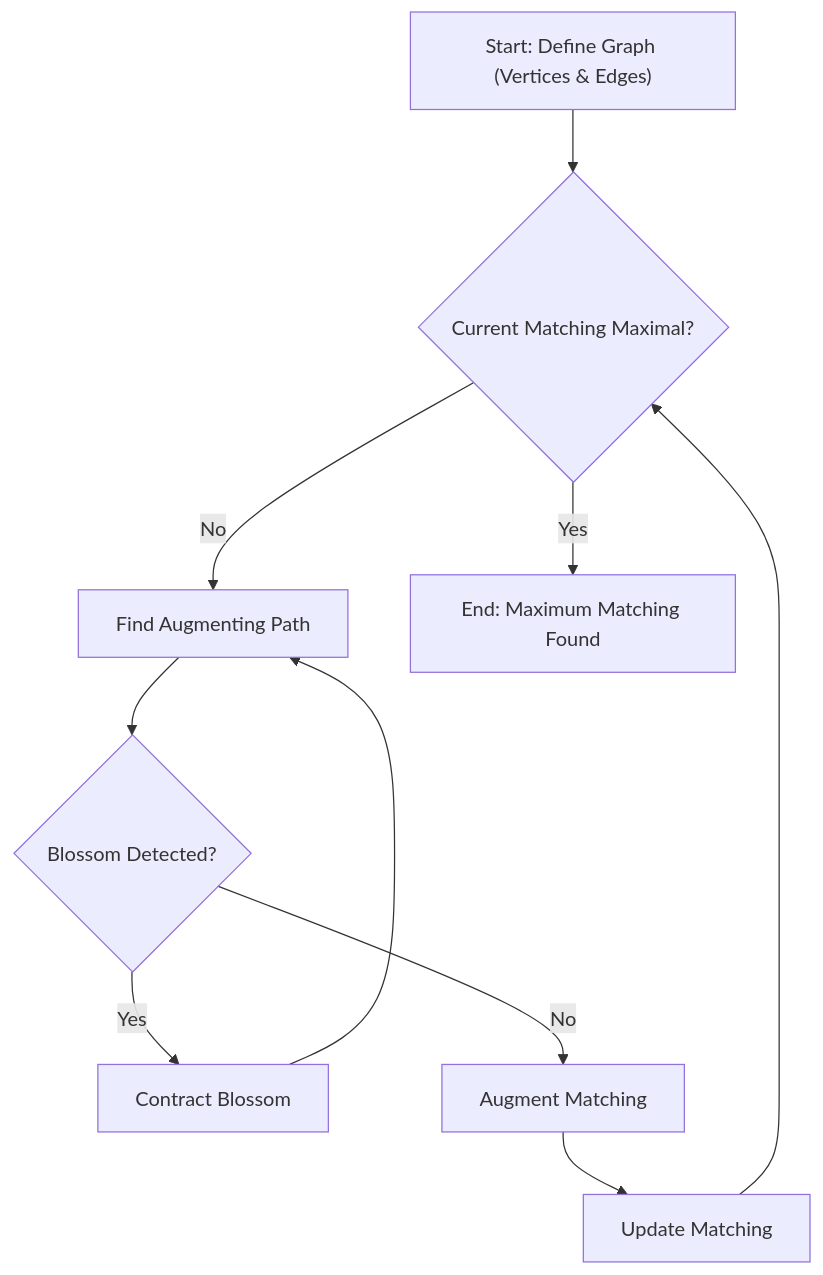
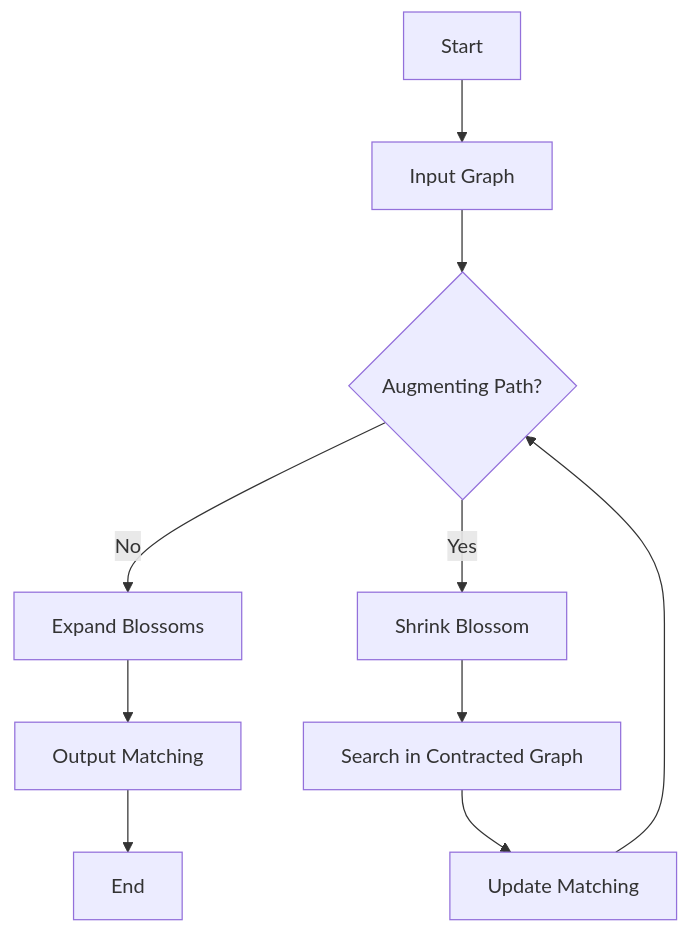
Before and after one commit to grewal16/edmonds-blossom-algorithm: the diagram in README.md, drawn with Mermaid. The commit also changed other lines of this file, not shown here.

````diff
--- a/README.md
+++ b/README.md
@@ -29,12 +26,12 @@
 ```mermaid
 graph TD
-    A["Start: Define Graph (Vertices & Edges)"] --> B{"Current Matching Maximal?"};
-    B -- "No" --> C["Find Augmenting Path"];
-    C --> D{"Blossom Detected?"};
-    D -- "Yes" --> E["Contract Blossom"];
-    E --> C;
-    D -- "No" --> F["Augment Matching"];
-    F --> G["Update Matching"];
-    G --> B;
-    B -- "Yes" --> H["End: Maximum Matching Found"];
+    A["Start"] --> B["Input Graph"]
+    B --> C{"Augmenting Path?"}
+    C -- "No" --> D["Expand Blossoms"]
+    D --> E["Output Matching"]
+    C -- "Yes" --> F["Shrink Blossom"]
+    F --> G["Search in Contracted Graph"]
+    G --> H["Update Matching"]
+    H --> C
+    E --> I["End"]
 ```
````
